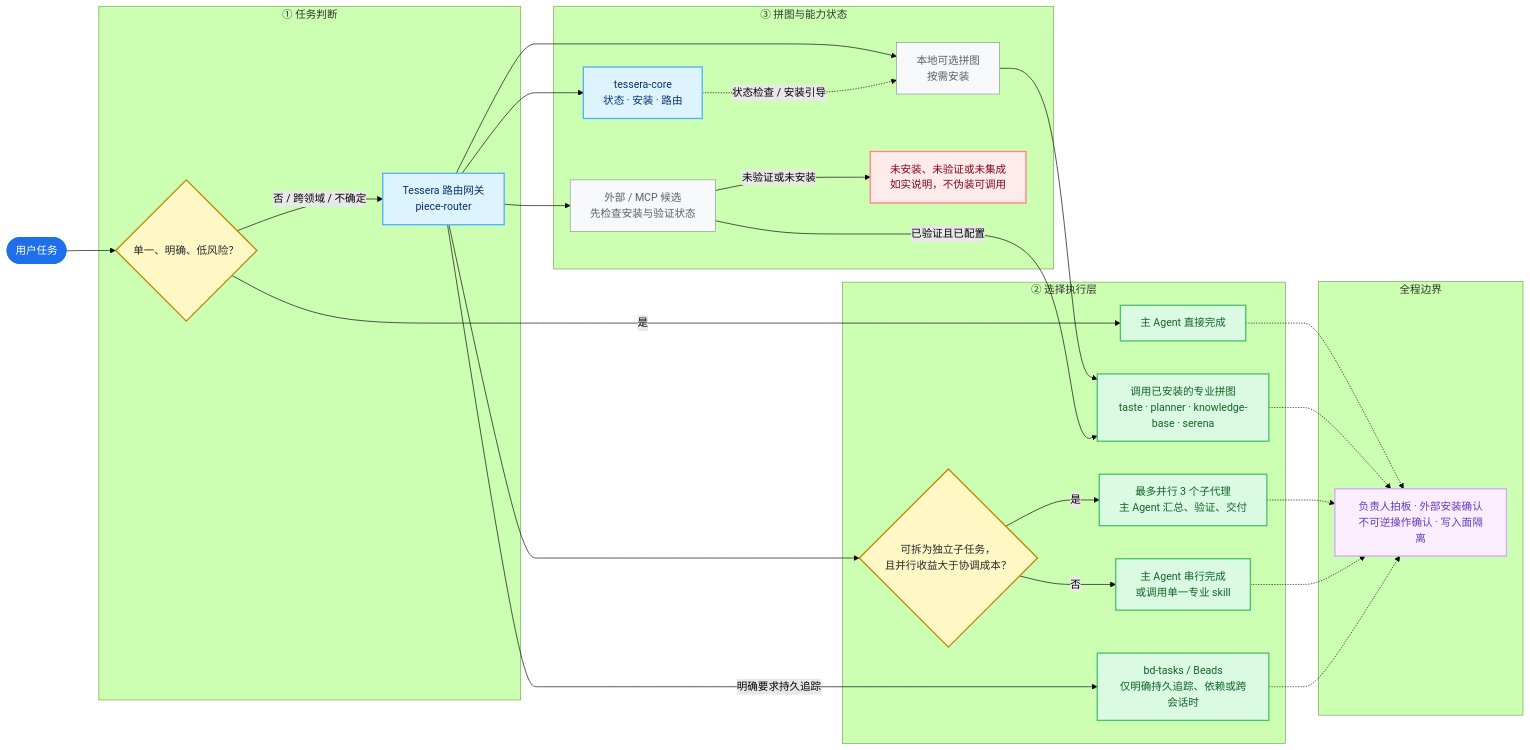
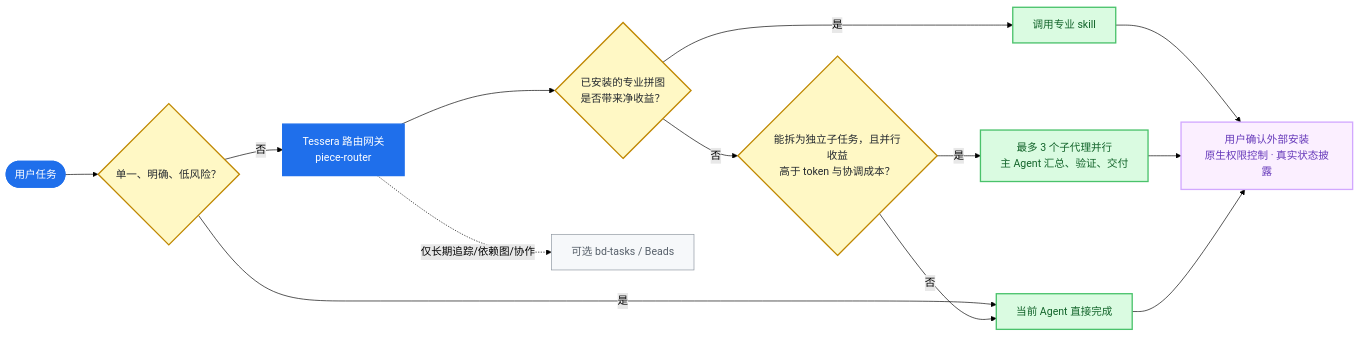
Before and after one commit to gloamere/Tessera: the diagram in README.md, drawn with Mermaid (forest theme). The commit also changed other lines of this file and 41 other files, not shown here.

Commit message:
refactor: restore skills-only Tessera core

````diff
--- a/README.md
+++ b/README.md
@@ -25,65 +18,26 @@
 ```mermaid
 flowchart LR
-    U(["用户任务"])
+    U([用户任务]) --> D{单一、明确、低风险？}
+    D -- 是 --> A[当前 Agent 直接完成]
+    D -- 否 --> R[Tessera 路由网关<br/>piece-router]
+    R --> P{已安装的专业拼图<br/>是否带来净收益？}
+    P -- 是 --> S[调用专业 skill]
+    P -- 否 --> C{能拆为独立子任务，且并行收益<br/>高于 token 与协调成本？}
+    C -- 是 --> M[最多 3 个子代理并行<br/>主 Agent 汇总、验证、交付]
+    C -- 否 --> A
+    R -. 仅长期追踪/依赖图/协作 .-> B[可选 bd-tasks / Beads]
+    S --> G[用户确认外部安装<br/>原生权限控制 · 真实状态披露]
+    M --> G
+    A --> G
 
-    subgraph Intake["① 任务判断"]
-        D{"单一、明确、低风险？"}
-        R["Tessera 路由网关<br/>piece-router"]
-    end
-
-    subgraph Execution["② 选择执行层"]
-        Direct["主 Agent 直接完成"]
-        Skill["调用已安装的专业拼图<br/>taste · planner · knowledge-base · serena"]
-        Split{"可拆为独立子任务，<br/>且并行收益大于协调成本？"}
-        Parallel["最多并行 3 个子代理<br/>主 Agent 汇总、验证、交付"]
-        Serial["主 Agent 串行完成<br/>或调用单一专业 skill"]
-        Tasks["bd-tasks / Beads<br/>仅明确持久追踪、依赖或跨会话时"]
-    end
-
-    subgraph Capability["③ 拼图与能力状态"]
-        Core["tessera-core<br/>状态 · 安装 · 路由"]
-        Optional["本地可选拼图<br/>按需安装"]
-        External["外部 / MCP 候选<br/>先检查安装与验证状态"]
-        Honest["未安装、未验证或未集成<br/>如实说明，不伪装可调用"]
-    end
-
-    subgraph Guardrails["全程边界"]
-        Guard["负责人拍板 · 外部安装确认<br/>不可逆操作确认 · 写入面隔离"]
-    end
-
-    U --> D
-    D -- "是" --> Direct
-    D -- "否 / 跨领域 / 不确定" --> R
-    R --> Core
-    R --> Optional
-    R --> External
-    Optional --> Skill
-    External -- "已验证且已配置" --> Skill
-    External -- "未验证或未安装" --> Honest
-    R --> Split
-    Split -- "是" --> Parallel
-    Split -- "否" --> Serial
-    R -- "明确要求持久追踪" --> Tasks
-    Core -. "状态检查 / 安装引导" .-> Optional
-    Direct -.-> Guard
-    Skill -.-> Guard
-    Parallel -.-> Guard
-    Serial -.-> Guard
-    Tasks -.-> Guard
-
-    classDef entry fill:#1f6feb,color:#ffffff,stroke:#1f6feb,stroke-width:2px;
+    classDef entry fill:#1f6feb,color:#fff,stroke:#1f6feb,stroke-width:2px;
     classDef decision fill:#fff8c5,color:#24292f,stroke:#bf8700,stroke-width:2px;
-    classDef core fill:#ddf4ff,color:#0a3069,stroke:#54aeff,stroke-width:2px;
-    classDef execute fill:#dafbe1,color:#116329,stroke:#4ac26b,stroke-width:2px;
-    classDef optional fill:#f6f8fa,color:#57606a,stroke:#8c959f,stroke-width:1px;
-    classDef warning fill:#ffebe9,color:#82071e,stroke:#ff8182,stroke-width:2px;
+    classDef action fill:#dafbe1,color:#116329,stroke:#4ac26b,stroke-width:2px;
+    classDef optional fill:#f6f8fa,color:#57606a,stroke:#8c959f;
     classDef guard fill:#fbefff,color:#6639ba,stroke:#d2a8ff,stroke-width:2px;
-
-    class U entry;
-    class D,Split decision;
-    class R,Core core;
-    class Direct,Skill,Parallel,Serial,Tasks execute;
-    class Optional,External optional;
-    class Honest warning;
-    class Guard guard;
+    class U,R entry;
+    class D,P,C decision;
+    class A,S,M action;
+    class B optional;
+    class G guard;
 ```
````
